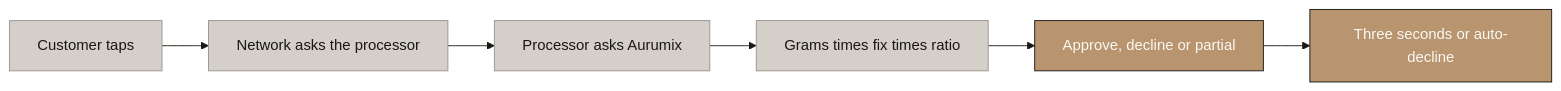
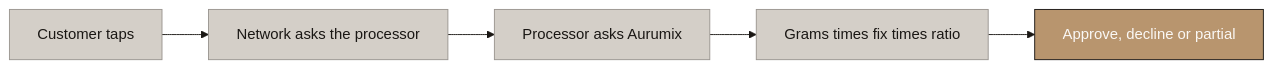
Before and after one commit to Abdsys/Aurumix: diagram 33 of 45 in deliverables/2-mechanism-design/final/Aurumix_Process_Maps.md, drawn with Mermaid. The commit also changed other lines of this file and 6 other files, not shown here.

First line of the commit message:
Review pass on the MD document, sections 2 to 14: plain language, new diagrams, card and credit open to all

````diff
--- a/deliverables/2-mechanism-design/final/Aurumix_Process_Maps.md
+++ b/deliverables/2-mechanism-design/final/Aurumix_Process_Maps.md
@@ -946,27 +1114,25 @@
 ```mermaid
 %%{init: {'theme': 'base', 'themeVariables': {
     'primaryColor': '#B8956E',
     'primaryTextColor': '#1A1714',
     'primaryBorderColor': '#1A1714',
     'lineColor': '#1A1714',
     'secondaryColor': '#FAF8F5',
     'tertiaryColor': '#D4CFC8',
     'fontFamily': 'Libre Franklin, sans-serif',
     'edgeLabelBackground': '#D4CFC8',
     'clusterBkg': '#FAF8F5',
     'clusterBorder': '#B8956E'
 }}}%%
 graph LR
     A["Customer taps"] --> B["Network asks the processor"]
     B --> C["Processor asks Aurumix"]
     C --> D["Grams times fix times ratio"]
     D --> E["Approve, decline or partial"]
-    E --> F["Three seconds or auto-decline"]
 
     style A fill:#D4CFC8,stroke:#9A9590,color:#1A1714
     style B fill:#D4CFC8,stroke:#9A9590,color:#1A1714
     style C fill:#D4CFC8,stroke:#9A9590,color:#1A1714
     style D fill:#D4CFC8,stroke:#9A9590,color:#1A1714
     style E fill:#B8956E,stroke:#1A1714,color:#FAF8F5
-    style F fill:#B8956E,stroke:#1A1714,color:#FAF8F5
 ```
````
